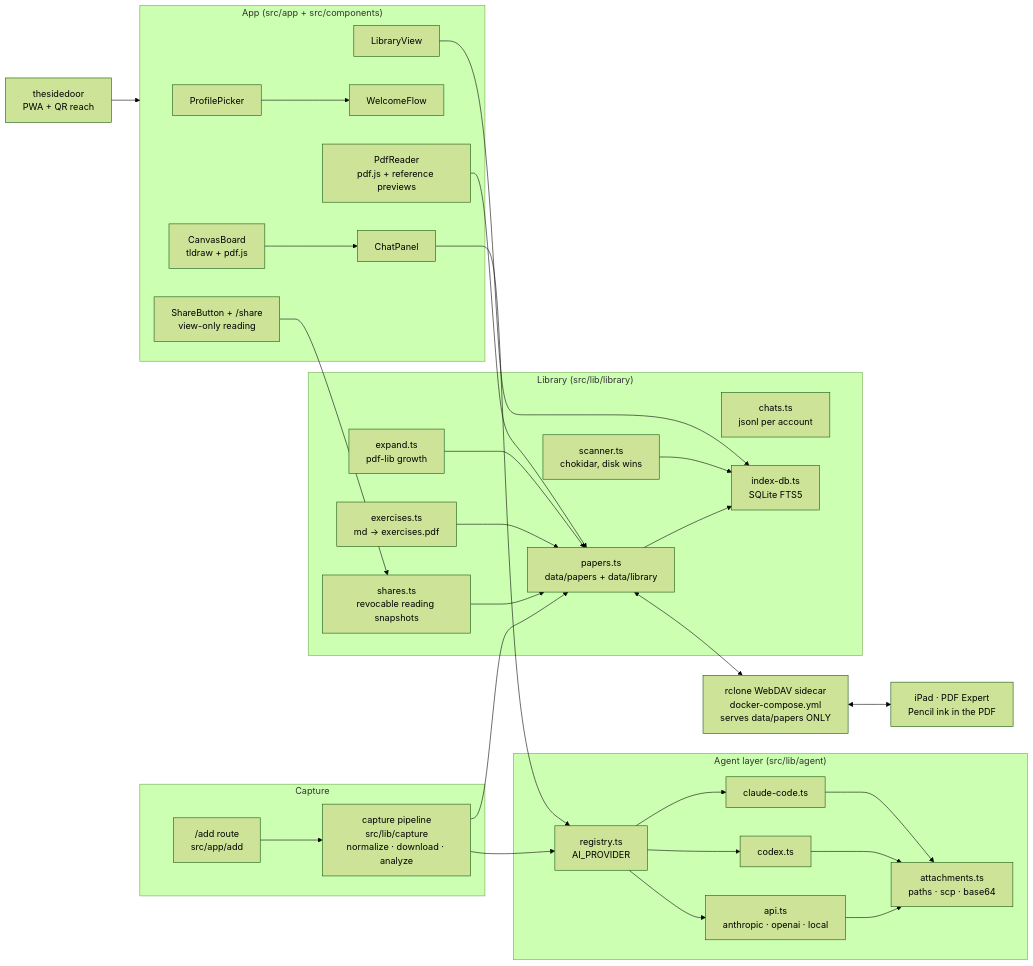
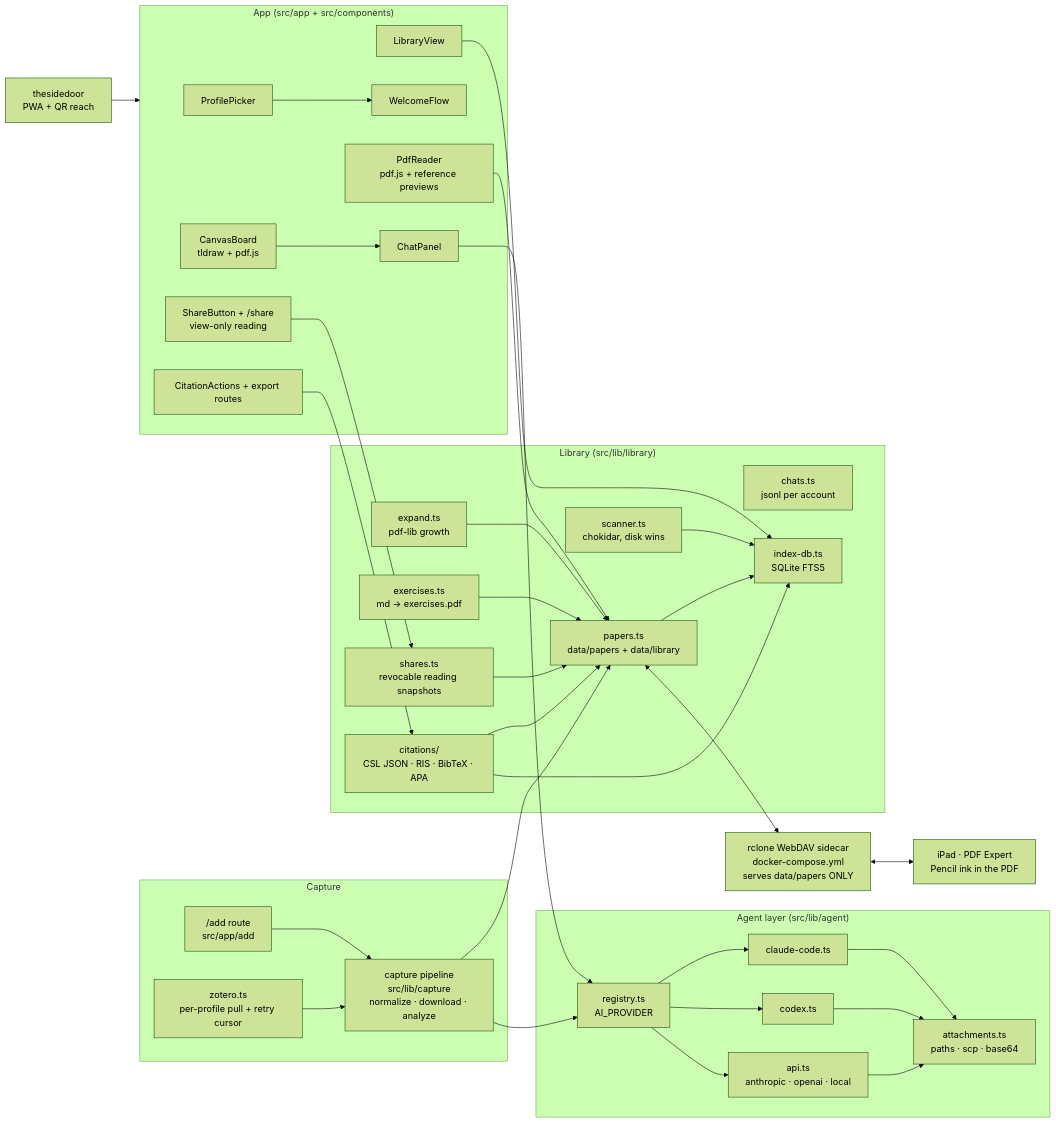
Before and after one commit to affromero/papernook: the diagram in README.md, drawn with Mermaid (forest theme). The commit also changed other lines of this file, not shown here.

````diff
--- a/README.md
+++ b/README.md
@@ -70,57 +76,63 @@
 ```mermaid
 flowchart LR
     subgraph capture["Capture"]
       add["/add route<br/>src/app/add"]
       pipe["capture pipeline<br/>src/lib/capture<br/>normalize · download · analyze"]
+      zotero["zotero.ts<br/>per-profile pull + retry cursor"]
     end
 
     subgraph agent["Agent layer (src/lib/agent)"]
       registry["registry.ts<br/>AI_PROVIDER"]
       claude["claude-code.ts"]
       codex["codex.ts"]
       api["api.ts<br/>anthropic · openai · local"]
       attach["attachments.ts<br/>paths · scp · base64"]
     end
 
     subgraph library["Library (src/lib/library)"]
       papers["papers.ts<br/>data/papers + data/library"]
       chats["chats.ts<br/>jsonl per account"]
       index["index-db.ts<br/>SQLite FTS5"]
       scanner["scanner.ts<br/>chokidar, disk wins"]
       expand["expand.ts<br/>pdf-lib growth"]
       exercises["exercises.ts<br/>md → exercises.pdf"]
       shares["shares.ts<br/>revocable reading snapshots"]
+      citations["citations/<br/>CSL JSON · RIS · BibTeX · APA"]
     end
 
     subgraph ui["App (src/app + src/components)"]
       picker["ProfilePicker"]
       libview["LibraryView"]
       chatpanel["ChatPanel"]
       pdfreader["PdfReader<br/>pdf.js + reference previews"]
       canvas["CanvasBoard<br/>tldraw + pdf.js"]
       wizard["WelcomeFlow"]
       shareview["ShareButton + /share<br/>view-only reading"]
+      citeui["CitationActions + export routes"]
     end
 
     dav["rclone WebDAV sidecar<br/>docker-compose.yml<br/>serves data/papers ONLY"]
     ipad["iPad · PDF Expert<br/>Pencil ink in the PDF"]
     sidedoor["thesidedoor<br/>PWA + QR reach"]
 
     add --> pipe --> papers
+    zotero --> pipe
     pipe --> registry
     chatpanel --> registry
     registry --> claude & codex & api
     claude & codex & api --> attach
     papers --> index
     scanner --> index
     papers <--> dav <--> ipad
     exercises --> papers
     shares --> papers
     shareview --> shares
+    citeui --> citations --> papers
+    citations --> index
     expand --> papers
     canvas --> chatpanel
     pdfreader --> papers
     libview --> index
     picker --> wizard
     sidedoor --> ui
 ```
````
